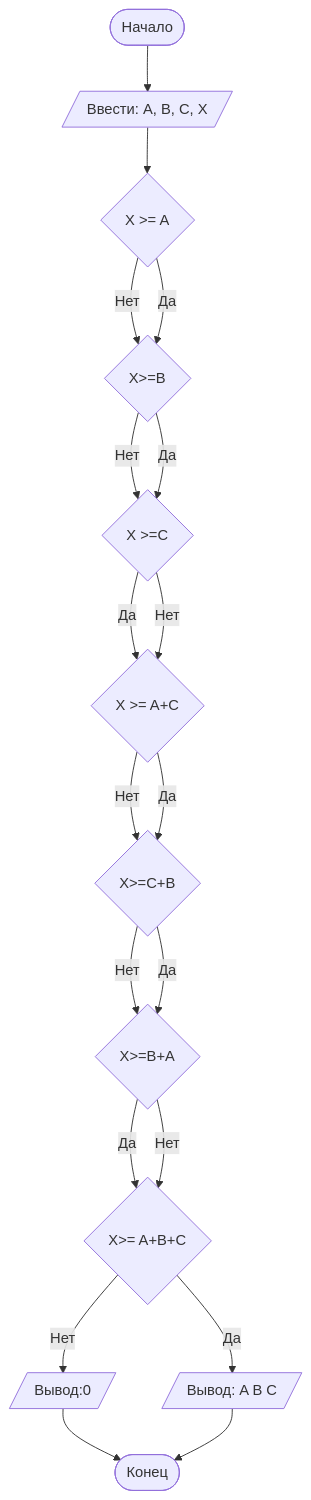
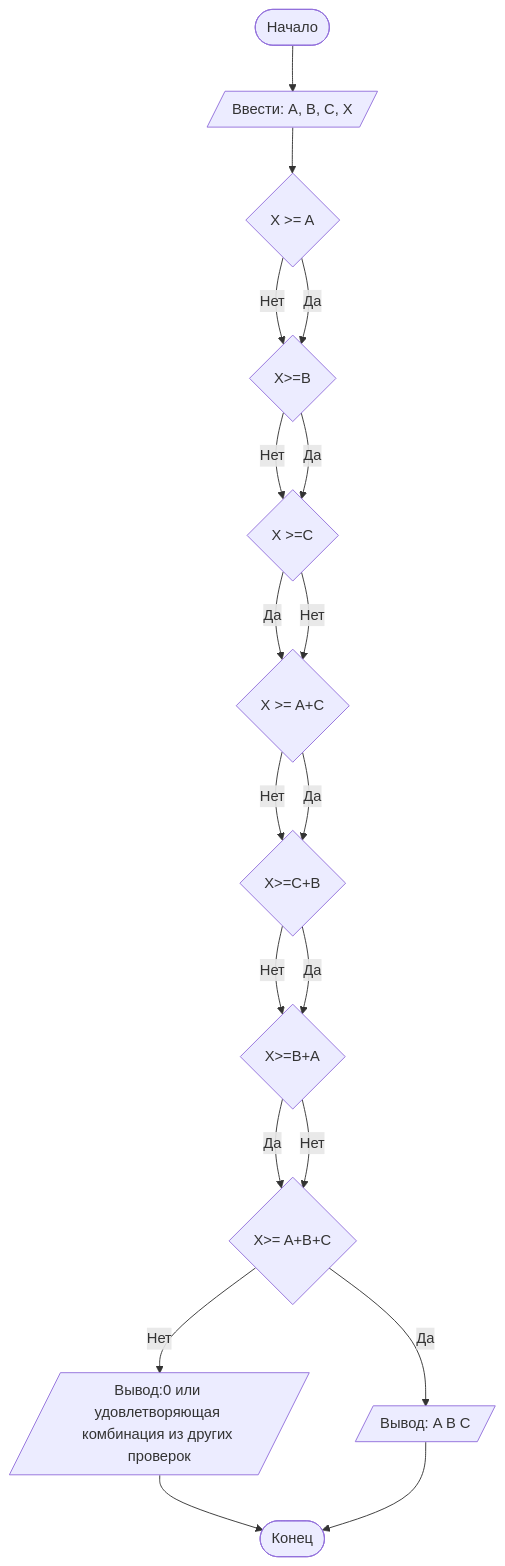
One commit to nr41354-lang/Lab1 changed the diagram in README.md. Above: the diagram before and after it, drawn with Mermaid. The commit also changed other lines of this file, not shown here.

````diff
--- a/README.md
+++ b/README.md
@@ -95,22 +95,22 @@
 ```mermaid
 graph TD
     A([Начало]) --> B[/Ввести: A, B, C, X/]
     B --> C{X >= A}
     C -- Нет --> D{X >= B}
     D -- Нет --> E{X >= C}
     D -- Да --> E{X >=C}
     C -- Да --> D{X>=B}
 E--Да--> J{X>=A+C}
     E -- Нет --> J{X >= A+C}
 J--Нет--> K{X >= C+B}
 K--Нет--> L{X >= B+A}
 J--Да--> K{X>=C+B}
 K--Да--> L{X>=B+A}
 L--Да--> O{X>=A+B+C}
 L--Нет--> O{X>= A+B+C}
 O--Да--> Q[/Вывод: A B C/]
-O--Нет--> R[/Вывод:0/]
+O--Нет--> R[/Вывод:0 или удовлетворяющая комбинация из других проверок /]
     R --> Z
     Q --> Z([Конец])
 
 ```
````
